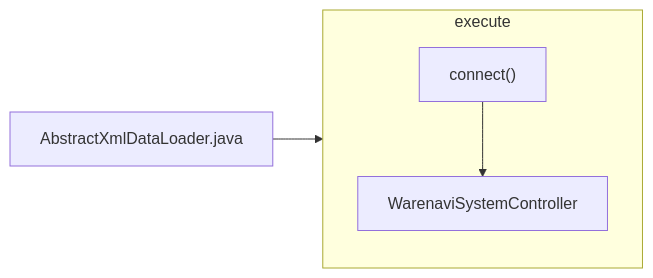
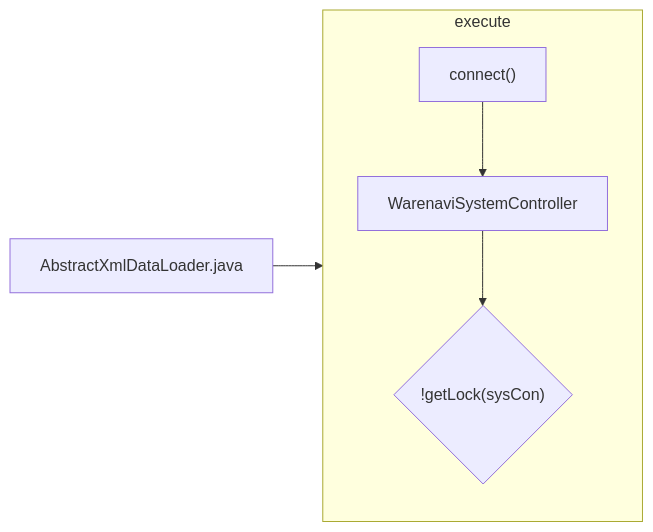
The second of 2 diagrams in Basic-Design/Host-Interfaces.md (luthfiadityaa/SimeDarby-Wiki), drawn with Mermaid before and after one commit.

Commit message:
Updated Host Interfaces

```diff
--- a/Basic-Design/Host-Interfaces.md
+++ b/Basic-Design/Host-Interfaces.md
@@ -59,12 +59,13 @@
 ::: mermaid
 flowchart LR
  C1["AbstractXmlDataLoader.java"]
  C1 --> execute
 
 subgraph execute
- C2 --> C3
+ C2 --> C3 --> Cond1
 
  C2["connect()"]
  C3["WarenaviSystemController"]
+ Cond1{"!getLock(sysCon)"} 
 end
 :::
```
